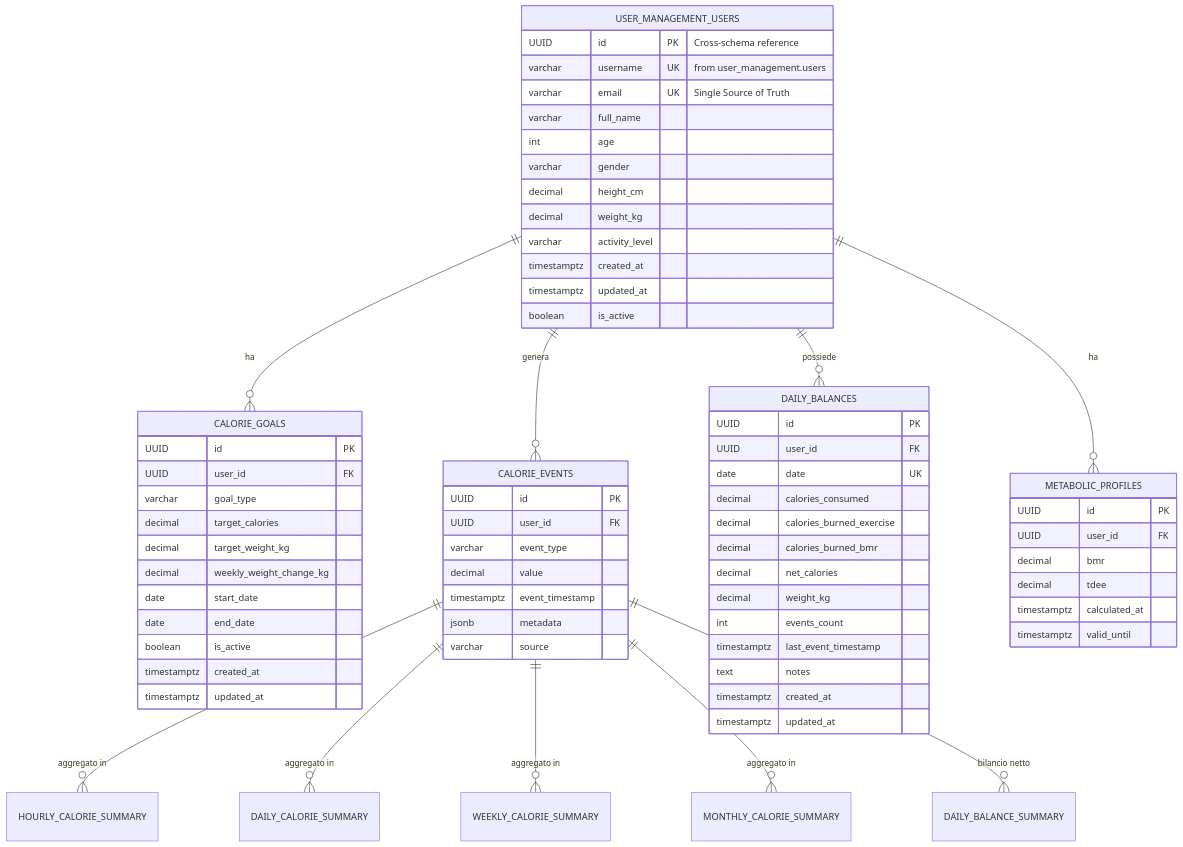
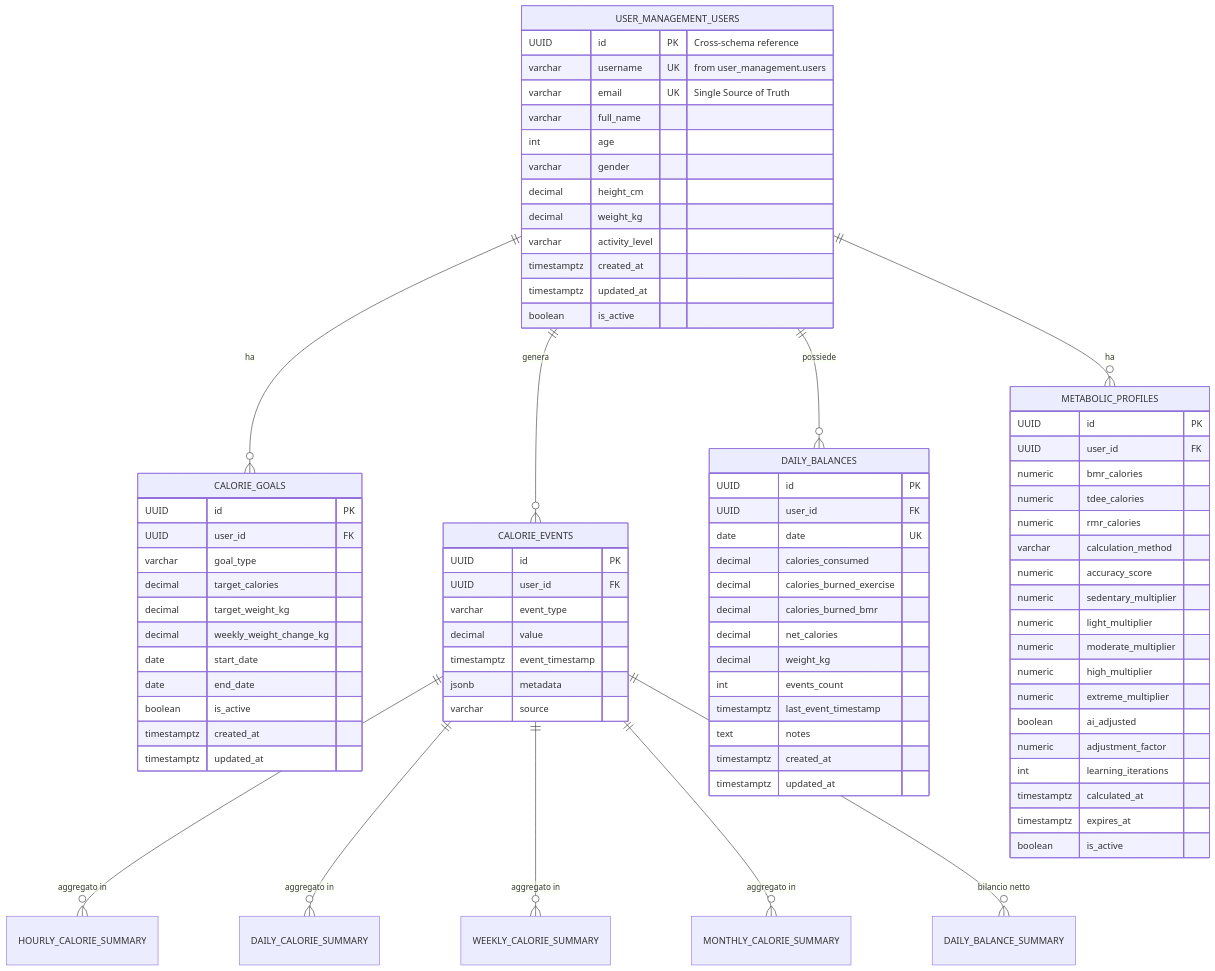
The diagram in docs/databases/calorie-balance-db.md (giamma80/gymbro-platform), drawn with Mermaid before and after one commit. The commit also changed other lines of this file and 15 other files, not shown here.

````diff
--- a/docs/databases/calorie-balance-db.md
+++ b/docs/databases/calorie-balance-db.md
@@ -84,9 +84,21 @@
     METABOLIC_PROFILES {
         UUID id PK
         UUID user_id FK
-        decimal bmr
-        decimal tdee
+        numeric bmr_calories
+        numeric tdee_calories
+        numeric rmr_calories
+        varchar calculation_method
+        numeric accuracy_score
+        numeric sedentary_multiplier
+        numeric light_multiplier
+        numeric moderate_multiplier
+        numeric high_multiplier
+        numeric extreme_multiplier
+        boolean ai_adjusted
+        numeric adjustment_factor
+        int learning_iterations
         timestamptz calculated_at
-        timestamptz valid_until
+        timestamptz expires_at
+        boolean is_active
     }
 ```
````
